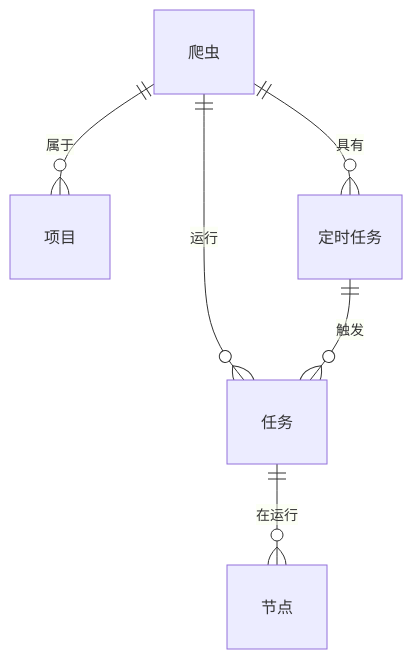
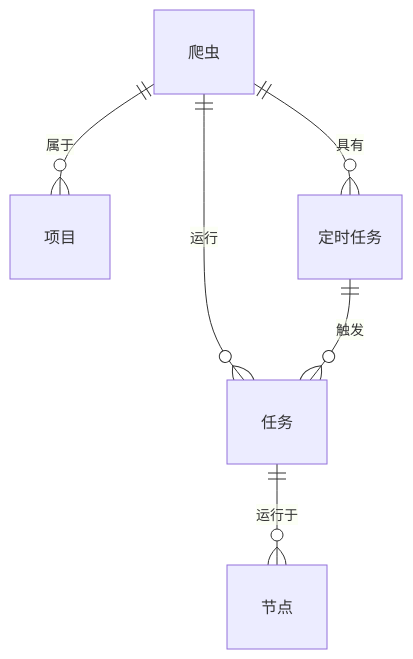
The second of 2 diagrams in packages/v0.7/i18n/zh/docusaurus-plugin-content-docs/current/guides/spider/index.md (crawlab-team/crawlab-docs), drawn with Mermaid before and after one commit. The commit also changed other lines of this file and 3 other files, not shown here.

````diff
--- a/packages/v0.7/i18n/zh/docusaurus-plugin-content-docs/current/guides/spider/index.md
+++ b/packages/v0.7/i18n/zh/docusaurus-plugin-content-docs/current/guides/spider/index.md
@@ -84,8 +104,8 @@
 ```mermaid
 erDiagram
-  爬虫 ||--o{ 项目 : "属于"
-  爬虫 ||--o{ 任务 : "运行"
-  爬虫 ||--o{ 定时任务 : "具有"
-  任务 ||--o{ 节点 : "在运行"
-  定时任务 ||--o{ 任务 : "触发"
+    "爬虫" ||--o{ "项目" : "属于"
+    "爬虫" ||--o{ "任务" : "运行"
+    "爬虫" ||--o{ "定时任务" : "具有"
+    "任务" ||--o{ "节点" : "运行于"
+    "定时任务" ||--o{ "任务" : "触发"
 ```
````
